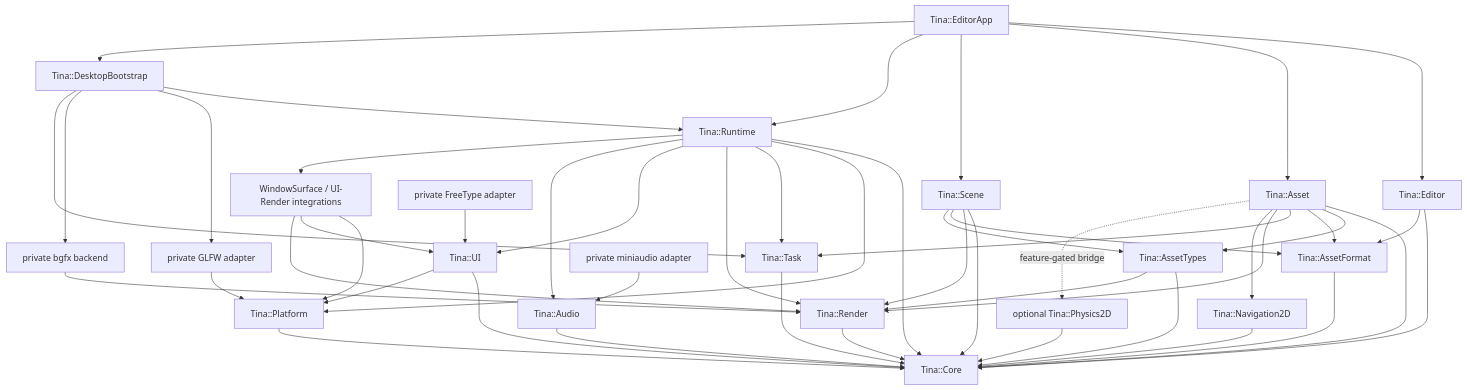
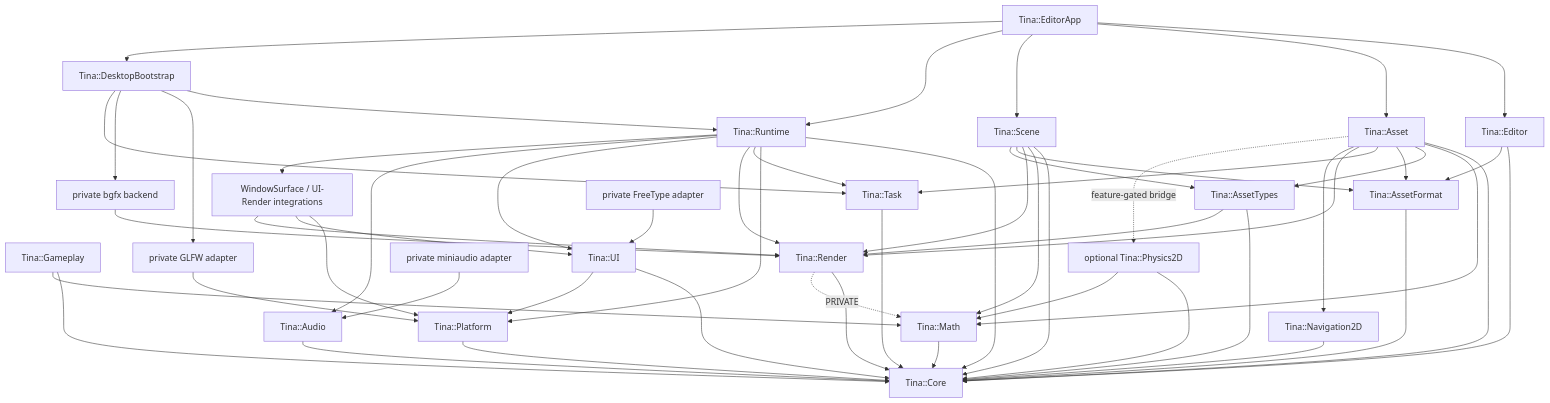
The diagram in docs/architecture.md (wuxianggujun/Tina), drawn with Mermaid before and after one commit. The commit also changed other lines of this file and 166 other files, not shown here.

````diff
--- a/docs/architecture.md
+++ b/docs/architecture.md
@@ -25,51 +25,58 @@
 ```mermaid
 flowchart TD
     Core["Tina::Core"]
+    Math["Tina::Math"] --> Core
     Platform["Tina::Platform"] --> Core
     Task["Tina::Task"] --> Core
+    Gameplay["Tina::Gameplay"] --> Core
+    Gameplay --> Math
     Render["Tina::Render"] --> Core
+    Render -. "PRIVATE" .-> Math
     Audio["Tina::Audio"] --> Core
     AssetFormat["Tina::AssetFormat"] --> Core
     Editor["Tina::Editor"] --> Core
     Editor --> AssetFormat
     EditorApp["Tina::EditorApp"] --> Editor
     EditorApp --> Asset
     EditorApp --> Scene
     EditorApp --> Runtime
     EditorApp --> Desktop
     Navigation2D["Tina::Navigation2D"] --> Core
     UI["Tina::UI"] --> Core
     UI --> Platform
     Scene["Tina::Scene"] --> Core
+    Scene --> Math
     Scene --> Render
     Scene --> AssetFormat
     AssetTypes["Tina::AssetTypes"] --> Core
     AssetTypes --> Render
     Scene --> AssetTypes
     Asset["Tina::Asset"] --> Core
+    Asset --> Math
     Asset --> AssetTypes
     Asset --> AssetFormat
     Asset --> Task
     Asset --> Render
     Asset --> Navigation2D
     Runtime["Tina::Runtime"] --> Core
     Runtime --> Platform
     Runtime --> Task
     Runtime --> Render
     Runtime --> UI
     Runtime --> Audio
     Integrations["WindowSurface / UI-Render integrations"] --> Platform
     Integrations --> UI
     Integrations --> Render
     Runtime --> Integrations
     Desktop["Tina::DesktopBootstrap"] --> Runtime
     Glfw["private GLFW adapter"] --> Platform
     Bgfx["private bgfx backend"] --> Render
     FreeType["private FreeType adapter"] --> UI
     Miniaudio["private miniaudio adapter"] --> Audio
     Desktop --> Glfw
     Desktop --> Bgfx
     Desktop --> Task
     Physics2D["optional Tina::Physics2D"] --> Core
+    Physics2D --> Math
     Asset -. "feature-gated bridge" .-> Physics2D
 ```
````
